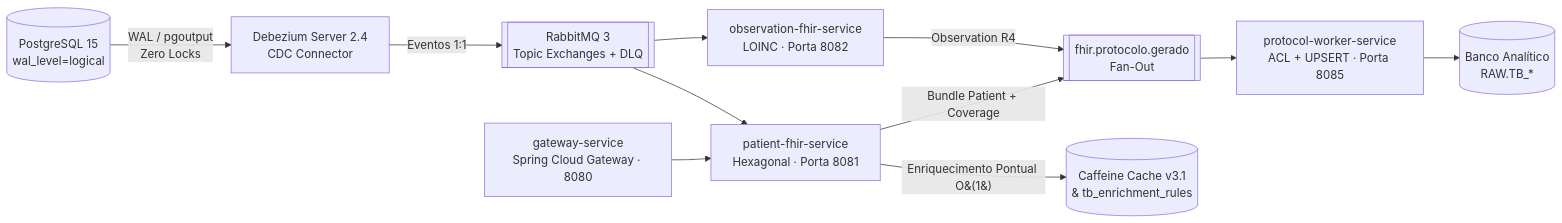
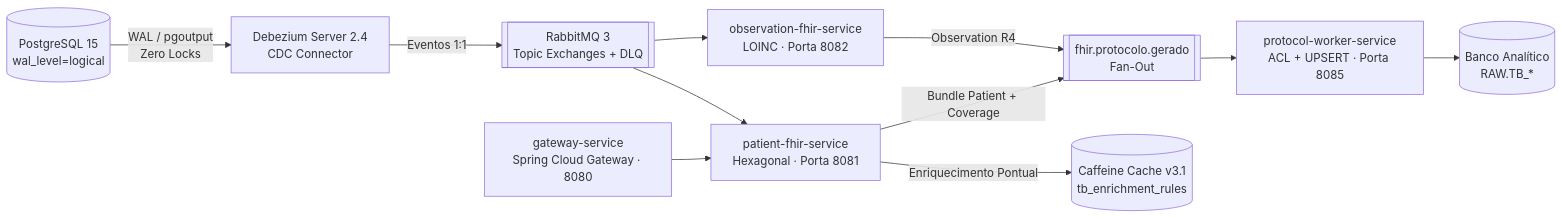
Before and after one commit to Salatielbg/hl7-fhir-cdc-middleware-showcase: the diagram in README.md, drawn with Mermaid.

Commit message:
Ajusta readme

````diff
--- a/README.md
+++ b/README.md
@@ -22,13 +22,13 @@
 ```mermaid
 flowchart LR
-    PG[(PostgreSQL 15\nwal_level=logical)] -->|WAL / pgoutput\nZero Locks| DEB[Debezium Server 2.4\nCDC Connector]
-    DEB -->|Eventos 1:1| RMQ[[RabbitMQ 3\nTopic Exchanges + DLQ]]
-    RMQ --> PAT[patient-fhir-service\nHexagonal · Porta 8081]
-    RMQ --> OBS[observation-fhir-service\nLOINC · Porta 8082]
-    PAT -->|Enriquecimento Pontual O&#40;1&#41;| CAF[(Caffeine Cache v3.1\n& tb_enrichment_rules)]
-    PAT -->|Bundle Patient + Coverage| BUS[[fhir.protocolo.gerado\nFan-Out]]
-    OBS -->|Observation R4| BUS
-    BUS --> WRK[protocol-worker-service\nACL + UPSERT · Porta 8085]
-    WRK --> DW[(Banco Analítico\nRAW.TB_*)]
-    GW[gateway-service\nSpring Cloud Gateway · 8080] --> PAT
+    PG[("PostgreSQL 15<br/>wal_level=logical")] -->|"WAL / pgoutput<br/>Zero Locks"| DEB["Debezium Server 2.4<br/>CDC Connector"]
+    DEB -->|"Eventos 1:1"| RMQ[["RabbitMQ 3<br/>Topic Exchanges + DLQ"]]
+    RMQ --> PAT["patient-fhir-service<br/>Hexagonal · Porta 8081"]
+    RMQ --> OBS["observation-fhir-service<br/>LOINC · Porta 8082"]
+    PAT -->|"Enriquecimento Pontual"| CAF[("Caffeine Cache v3.1<br/>tb_enrichment_rules")]
+    PAT -->|"Bundle Patient + Coverage"| BUS[["fhir.protocolo.gerado<br/>Fan-Out"]]
+    OBS -->|"Observation R4"| BUS
+    BUS --> WRK["protocol-worker-service<br/>ACL + UPSERT · Porta 8085"]
+    WRK --> DW[("Banco Analítico<br/>RAW.TB_*")]
+    GW["gateway-service<br/>Spring Cloud Gateway · 8080"] --> PAT
 ```
````
